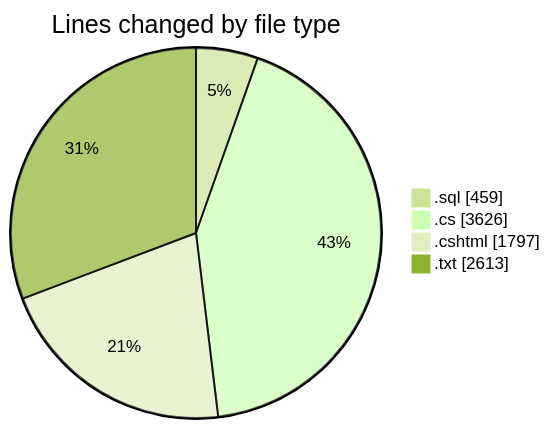
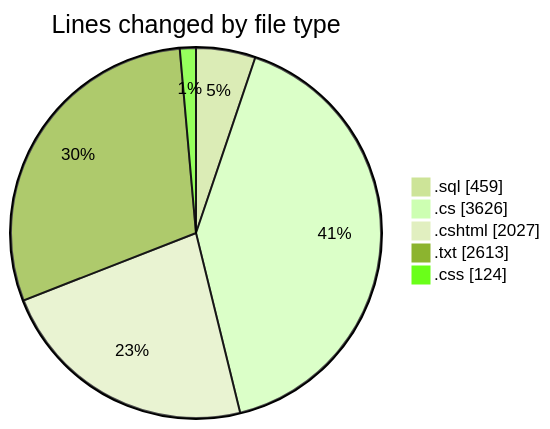
The first of 2 diagrams in 2025-07-23/quanlyrapchieuphim/README.md (lephambinh05/code-tracking), drawn with Mermaid (forest theme) before and after one commit. The commit also changed other lines of this file and 1 other file, not shown here.

````diff
--- a/2025-07-23/quanlyrapchieuphim/README.md
+++ b/2025-07-23/quanlyrapchieuphim/README.md
@@ -33,8 +34,9 @@
 ```mermaid
 pie showData
 title Lines changed by file type
 ".sql" : 459
 ".cs" : 3626
-".cshtml" : 1797
+".cshtml" : 2027
 ".txt" : 2613
+".css" : 124
 ```
````
